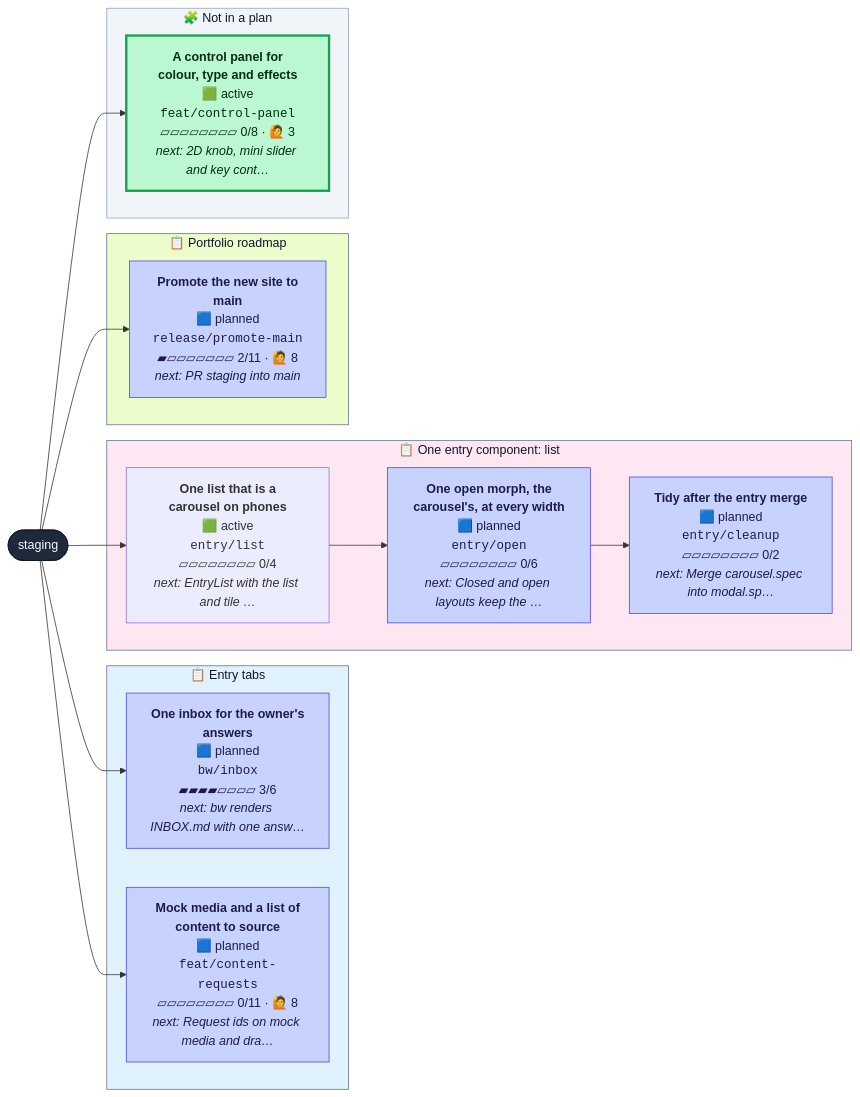
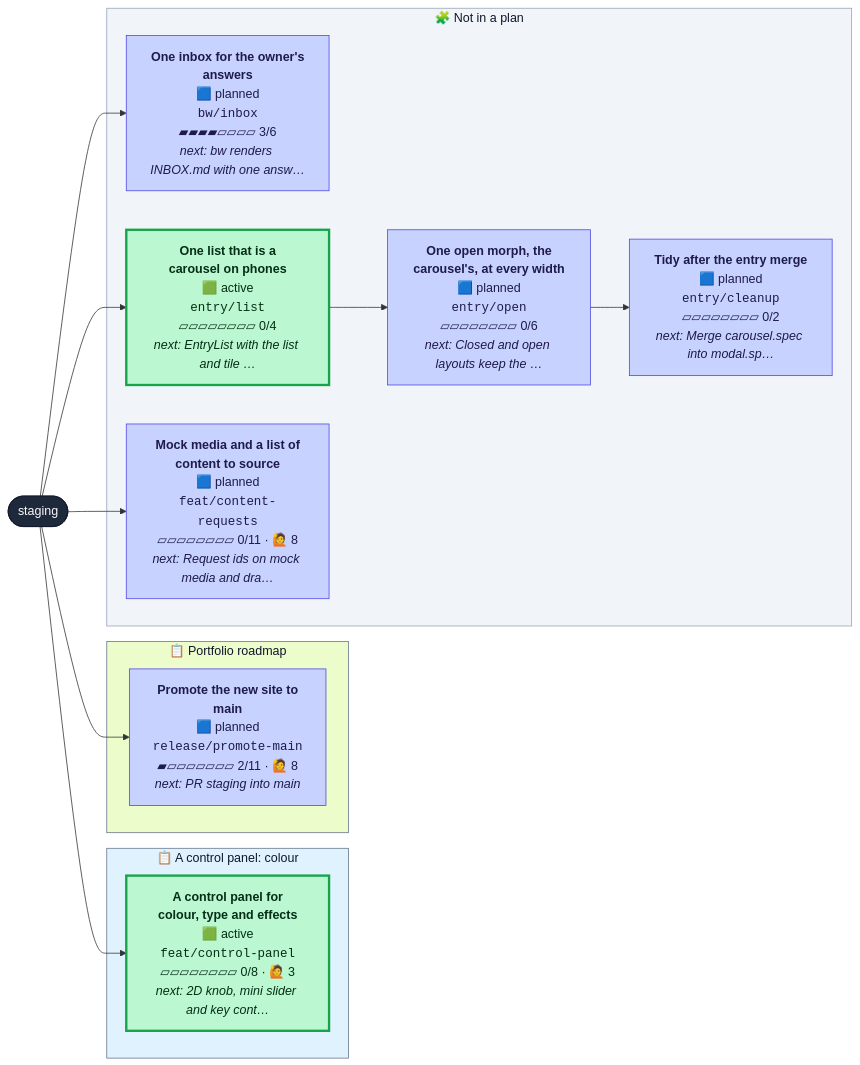
The diagram in CONTRIBUTING.md (henryjonescodes/portfolio), drawn with Mermaid before and after one commit. The commit also changed other lines of this file and 1 other file, not shown here.

````diff
--- a/CONTRIBUTING.md
+++ b/CONTRIBUTING.md
@@ -16,44 +16,41 @@
 ```mermaid
 flowchart LR
   n_staging([staging])
   class n_staging trunk
-  subgraph plan_0["📋 Entry tabs"]
-    n_bw_inbox["<b>One inbox for the owner's<br/>answers</b><br/>🟦 planned<br/><code>bw/inbox</code><br/>▰▰▰▰▱▱▱▱ 3/6<br/><i>next: bw renders INBOX.md with one answ…</i>"]
-    class n_bw_inbox planned
-    n_feat_content_requests["<b>Mock media and a list of<br/>content to source</b><br/>🟦 planned<br/><code>feat/content-requests</code><br/>▱▱▱▱▱▱▱▱ 0/11 · 🙋 8<br/><i>next: Request ids on mock media and dra…</i>"]
-    class n_feat_content_requests planned
+  subgraph plan_0["📋 A control panel: colour"]
+    n_feat_control_panel["<b>A control panel for<br/>colour, type and effects</b><br/>🟩 active<br/><code>feat/control-panel</code><br/>▱▱▱▱▱▱▱▱ 0/8 · 🙋 3<br/><i>next: 2D knob, mini slider and key cont…</i>"]
+    class n_feat_control_panel active
   end
   style plan_0 fill:#e0f2fe,stroke:#64748b,color:#0f172a
-  subgraph plan_1["📋 One entry component: list"]
-    n_entry_cleanup["<b>Tidy after the entry merge</b><br/>🟦 planned<br/><code>entry/cleanup</code><br/>▱▱▱▱▱▱▱▱ 0/2<br/><i>next: Merge carousel.spec into modal.sp…</i>"]
-    class n_entry_cleanup planned
-    n_entry_list["<b>One list that is a<br/>carousel on phones</b><br/>🟩 active<br/><code>entry/list</code><br/>▱▱▱▱▱▱▱▱ 0/4<br/><i>next: EntryList with the list and tile …</i>"]
-    class n_entry_list active,current
-    n_entry_open["<b>One open morph, the<br/>carousel's, at every width</b><br/>🟦 planned<br/><code>entry/open</code><br/>▱▱▱▱▱▱▱▱ 0/6<br/><i>next: Closed and open layouts keep the …</i>"]
-    class n_entry_open planned
-  end
-  style plan_1 fill:#fce7f3,stroke:#64748b,color:#0f172a
   subgraph plan_2["📋 Portfolio roadmap"]
     n_release_promote_main["<b>Promote the new site to<br/>main</b><br/>🟦 planned<br/><code>release/promote-main</code><br/>▰▱▱▱▱▱▱▱ 2/11 · 🙋 8<br/><i>next: PR staging into main</i>"]
     class n_release_promote_main planned
   end
   style plan_2 fill:#ecfccb,stroke:#64748b,color:#0f172a
   subgraph loose["🧩 Not in a plan"]
-    n_feat_control_panel["<b>A control panel for<br/>colour, type and effects</b><br/>🟩 active<br/><code>feat/control-panel</code><br/>▱▱▱▱▱▱▱▱ 0/8 · 🙋 3<br/><i>next: 2D knob, mini slider and key cont…</i>"]
-    class n_feat_control_panel active
+    n_bw_inbox["<b>One inbox for the owner's<br/>answers</b><br/>🟦 planned<br/><code>bw/inbox</code><br/>▰▰▰▰▱▱▱▱ 3/6<br/><i>next: bw renders INBOX.md with one answ…</i>"]
+    class n_bw_inbox planned
+    n_entry_cleanup["<b>Tidy after the entry merge</b><br/>🟦 planned<br/><code>entry/cleanup</code><br/>▱▱▱▱▱▱▱▱ 0/2<br/><i>next: Merge carousel.spec into modal.sp…</i>"]
+    class n_entry_cleanup planned
+    n_entry_list["<b>One list that is a<br/>carousel on phones</b><br/>🟩 active<br/><code>entry/list</code><br/>▱▱▱▱▱▱▱▱ 0/4<br/><i>next: EntryList with the list and tile …</i>"]
+    class n_entry_list active
+    n_entry_open["<b>One open morph, the<br/>carousel's, at every width</b><br/>🟦 planned<br/><code>entry/open</code><br/>▱▱▱▱▱▱▱▱ 0/6<br/><i>next: Closed and open layouts keep the …</i>"]
+    class n_entry_open planned
+    n_feat_content_requests["<b>Mock media and a list of<br/>content to source</b><br/>🟦 planned<br/><code>feat/content-requests</code><br/>▱▱▱▱▱▱▱▱ 0/11 · 🙋 8<br/><i>next: Request ids on mock media and dra…</i>"]
+    class n_feat_content_requests planned
   end
   style loose fill:#f1f5f9,stroke:#94a3b8,color:#0f172a
   n_staging --> n_bw_inbox
   n_entry_open --> n_entry_cleanup
   n_staging --> n_entry_list
   n_entry_list --> n_entry_open
   n_staging --> n_feat_content_requests
   n_staging --> n_feat_control_panel
   n_staging --> n_release_promote_main
   classDef planned fill:#c7d2fe,stroke:#4f46e5,color:#1e1b4b
   classDef active fill:#bbf7d0,stroke:#16a34a,stroke-width:3px,color:#052e16
   classDef review fill:#fde68a,stroke:#d97706,stroke-width:3px,color:#451a03
   classDef blocked fill:#fecaca,stroke:#dc2626,stroke-width:3px,color:#450a0a
   classDef trunk fill:#1e293b,stroke:#0f172a,color:#f8fafc
   classDef current stroke:#0ea5e9,stroke-width:5px
 ```
````
